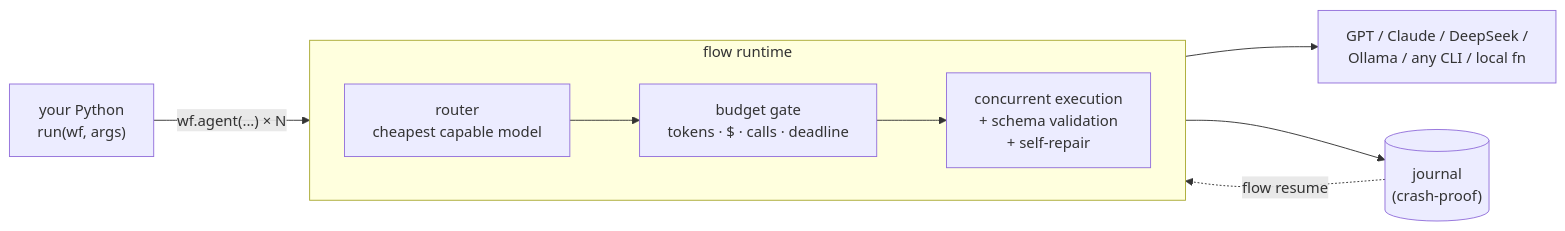
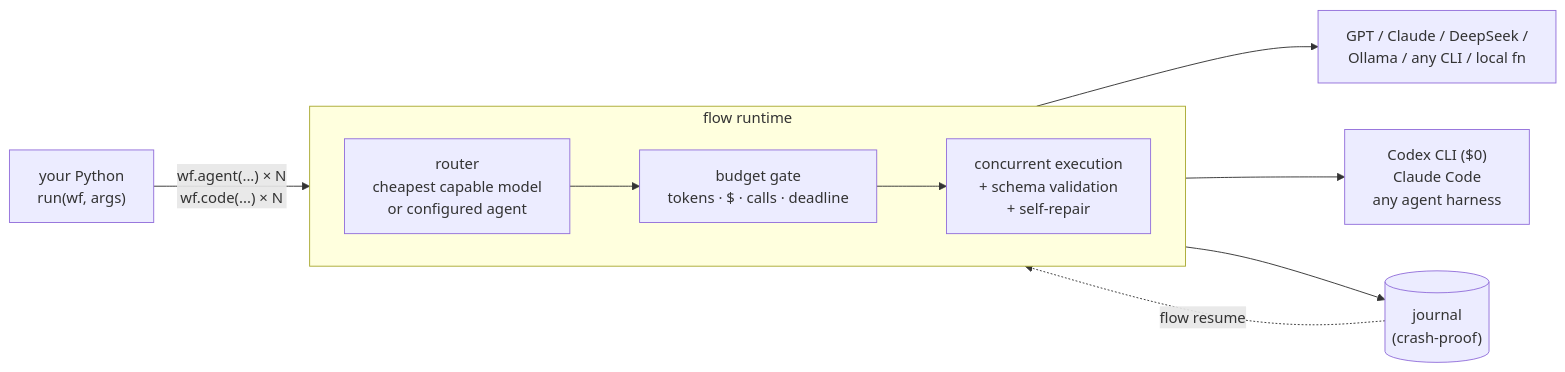
One commit to Illuminfti/flow changed the first of 5 diagrams in README.md. Above: the diagram before and after it, drawn with Mermaid. The commit also changed other lines of this file and 8 other files, not shown here.

First line of the commit message:
Document v3 agentic leaves; position against Claude Code Workflow

````diff
--- a/README.md
+++ b/README.md
@@ -32,12 +35,13 @@
 ```mermaid
 flowchart LR
-    YOU["your Python<br/>run(wf, args)"] -->|"wf.agent(...) × N"| ENGINE
+    YOU["your Python<br/>run(wf, args)"] -->|"wf.agent(...) × N<br/>wf.code(...) × N"| ENGINE
     subgraph ENGINE["flow runtime"]
         direction LR
-        R["router<br/>cheapest capable model"] --> B["budget gate<br/>tokens · $ · calls · deadline"]
+        R["router<br/>cheapest capable model<br/>or configured agent"] --> B["budget gate<br/>tokens · $ · calls · deadline"]
         B --> X["concurrent execution<br/>+ schema validation<br/>+ self-repair"]
     end
     ENGINE --> M1["GPT / Claude / DeepSeek /<br/>Ollama / any CLI / local fn"]
+    ENGINE --> A1["Codex CLI ($0)<br/>Claude Code<br/>any agent harness"]
     ENGINE --> J[("journal<br/>(crash-proof)")]
     J -.->|"flow resume"| ENGINE
 ```
````
